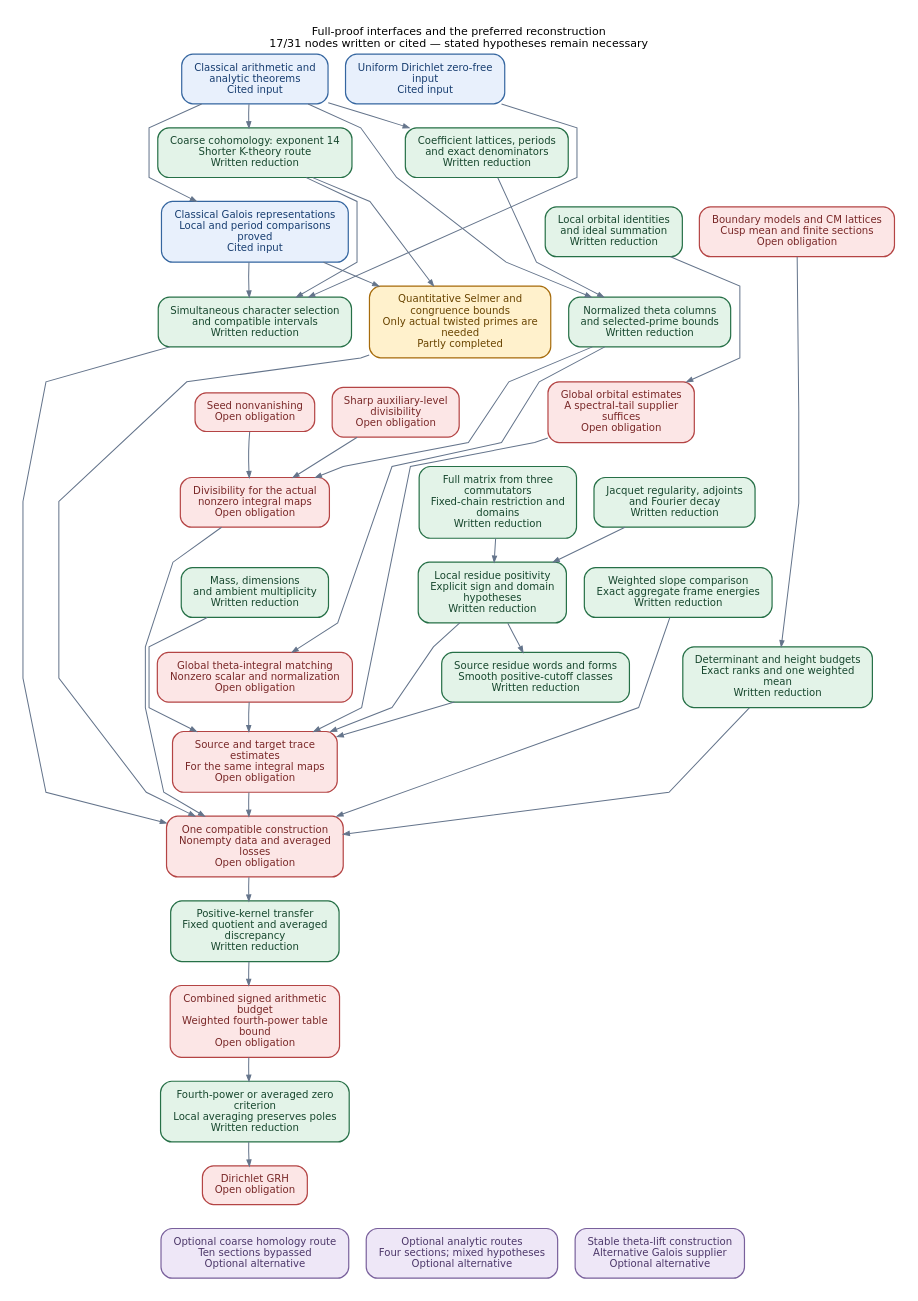
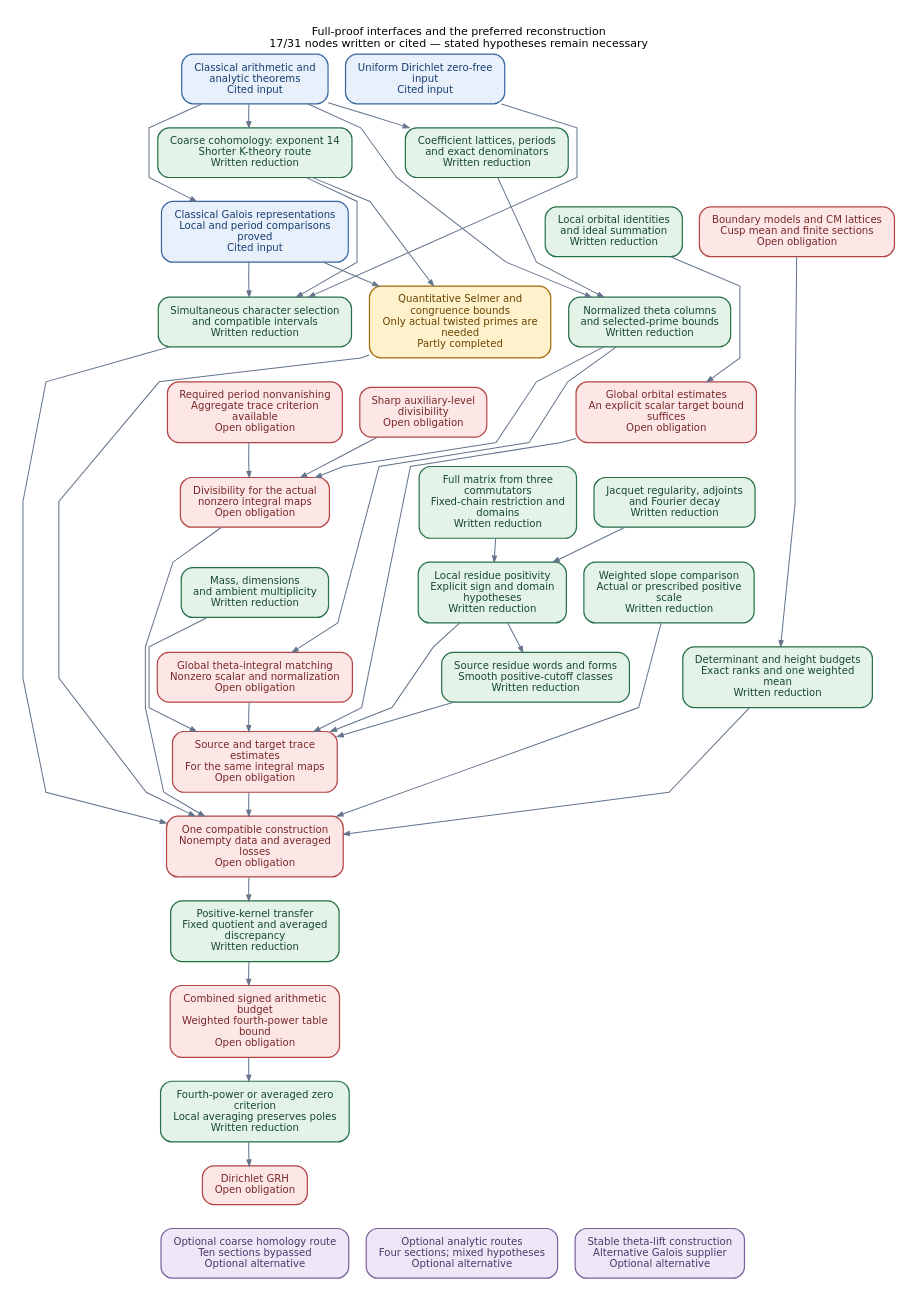
Before and after one commit to JoseBrox/GRH_distillation: the diagram in blueprint/technical.dot, drawn with Graphviz. The commit also changed 61 other files, not shown here.

```diff
--- a/blueprint/technical.dot
+++ b/blueprint/technical.dot
@@ -1,119 +1,119 @@
 digraph proof {
 graph [rankdir=TB, bgcolor="white", pad="0.24", nodesep="0.30", ranksep="0.48",
   fontname="DejaVu Sans", fontsize=12, labelloc=t, label="Full-proof interfaces and the preferred reconstruction\n17/31 nodes written or cited — stated hypotheses remain necessary", splines=polyline];
 node [shape=box, style="rounded,filled", fontname="DejaVu Sans", fontsize=11,
   margin="0.18,0.12", penwidth=1.3];
 edge [color="#64748B", penwidth=1.1, arrowsize=0.65];
 graph [nodesep="0.26", ranksep="0.36"];
 "qrh" [label="Uniform Dirichlet zero-free\ninput\nCited input", fillcolor="#E8F0FC", color="#3566A0", fontcolor="#173D70"];
 "classical" [label="Classical arithmetic and\nanalytic theorems\nCited input", fillcolor="#E8F0FC", color="#3566A0", fontcolor="#173D70"];
 "selection" [label="Simultaneous character selection\nand compatible intervals\nWritten reduction", fillcolor="#E3F3E8", color="#267047", fontcolor="#17472E"];
 "coarse" [label="Coarse cohomology: exponent 14\nShorter K-theory route\nWritten reduction", fillcolor="#E3F3E8", color="#267047", fontcolor="#17472E"];
 "refined" [label="Quantitative Selmer and\ncongruence bounds\nOnly actual twisted primes are\nneeded\nPartly completed", fillcolor="#FFF1CC", color="#A66B0B", fontcolor="#694400"];
 "coefficients" [label="Coefficient lattices, periods\nand exact denominators\nWritten reduction", fillcolor="#E3F3E8", color="#267047", fontcolor="#17472E"];
 "theta" [label="Normalized theta columns\nand selected-prime bounds\nWritten reduction", fillcolor="#E3F3E8", color="#267047", fontcolor="#17472E"];
-"seed" [label="Seed nonvanishing\nOpen obligation", fillcolor="#FCE6E6", color="#B44444", fontcolor="#792828"];
+"seed" [label="Required period nonvanishing\nAggregate trace criterion\navailable\nOpen obligation", fillcolor="#FCE6E6", color="#B44444", fontcolor="#792828"];
 "level" [label="Sharp auxiliary-level\ndivisibility\nOpen obligation", fillcolor="#FCE6E6", color="#B44444", fontcolor="#792828"];
 "divisibility" [label="Divisibility for the actual\nnonzero integral maps\nOpen obligation", fillcolor="#FCE6E6", color="#B44444", fontcolor="#792828"];
 "local_orbits" [label="Local orbital identities\nand ideal summation\nWritten reduction", fillcolor="#E3F3E8", color="#267047", fontcolor="#17472E"];
-"global_orbits" [label="Global orbital estimates\nA spectral-tail supplier\nsuffices\nOpen obligation", fillcolor="#FCE6E6", color="#B44444", fontcolor="#792828"];
+"global_orbits" [label="Global orbital estimates\nAn explicit scalar target bound\nsuffices\nOpen obligation", fillcolor="#FCE6E6", color="#B44444", fontcolor="#792828"];
 "dimensions" [label="Mass, dimensions\nand ambient multiplicity\nWritten reduction", fillcolor="#E3F3E8", color="#267047", fontcolor="#17472E"];
 "matrix" [label="Full matrix from three\ncommutators\nFixed-chain restriction and\ndomains\nWritten reduction", fillcolor="#E3F3E8", color="#267047", fontcolor="#17472E"];
 "jacquet" [label="Jacquet regularity, adjoints\nand Fourier decay\nWritten reduction", fillcolor="#E3F3E8", color="#267047", fontcolor="#17472E"];
 "residue" [label="Local residue positivity\nExplicit sign and domain\nhypotheses\nWritten reduction", fillcolor="#E3F3E8", color="#267047", fontcolor="#17472E"];
 "norms" [label="Source and target trace\nestimates\nFor the same integral maps\nOpen obligation", fillcolor="#FCE6E6", color="#B44444", fontcolor="#792828"];
-"slope" [label="Weighted slope comparison\nExact aggregate frame energies\nWritten reduction", fillcolor="#E3F3E8", color="#267047", fontcolor="#17472E"];
+"slope" [label="Weighted slope comparison\nActual or prescribed positive\nscale\nWritten reduction", fillcolor="#E3F3E8", color="#267047", fontcolor="#17472E"];
 "compatible" [label="One compatible construction\nNonempty data and averaged\nlosses\nOpen obligation", fillcolor="#FCE6E6", color="#B44444", fontcolor="#792828"];
 "bound" [label="Combined signed arithmetic\nbudget\nWeighted fourth-power table\nbound\nOpen obligation", fillcolor="#FCE6E6", color="#B44444", fontcolor="#792828"];
 "criterion" [label="Fourth-power or averaged zero\ncriterion\nLocal averaging preserves poles\nWritten reduction", fillcolor="#E3F3E8", color="#267047", fontcolor="#17472E"];
 "grh" [label="Dirichlet GRH\nOpen obligation", fillcolor="#FCE6E6", color="#B44444", fontcolor="#792828"];
 "alt_homology" [label="Optional coarse homology route\nTen sections bypassed\nOptional alternative", fillcolor="#EEE7F7", color="#79609C", fontcolor="#4C3769"];
 "alt_analytic" [label="Optional analytic routes\nFour sections; mixed hypotheses\nOptional alternative", fillcolor="#EEE7F7", color="#79609C", fontcolor="#4C3769"];
 "galois" [label="Classical Galois representations\nLocal and period comparisons\nproved\nCited input", fillcolor="#E8F0FC", color="#3566A0", fontcolor="#173D70"];
 "stable_lift" [label="Stable theta-lift construction\nAlternative Galois supplier\nOptional alternative", fillcolor="#EEE7F7", color="#79609C", fontcolor="#4C3769"];
 "theta_identity" [label="Global theta-integral matching\nNonzero scalar and normalization\nOpen obligation", fillcolor="#FCE6E6", color="#B44444", fontcolor="#792828"];
 "geometry" [label="Boundary models and CM lattices\nCusp mean and finite sections\nOpen obligation", fillcolor="#FCE6E6", color="#B44444", fontcolor="#792828"];
 "source_dictionary" [label="Source residue words and forms\nSmooth positive-cutoff classes\nWritten reduction", fillcolor="#E3F3E8", color="#267047", fontcolor="#17472E"];
 "covolume_defect" [label="Determinant and height budgets\nExact ranks and one weighted\nmean\nWritten reduction", fillcolor="#E3F3E8", color="#267047", fontcolor="#17472E"];
 "averaging" [label="Positive-kernel transfer\nFixed quotient and averaged\ndiscrepancy\nWritten reduction", fillcolor="#E3F3E8", color="#267047", fontcolor="#17472E"];
 "qrh" -> "selection";
 "classical" -> "coarse";
 "coarse" -> "selection";
 "coarse" -> "refined";
 "classical" -> "coefficients";
 "classical" -> "theta";
 "coefficients" -> "theta";
 "theta" -> "divisibility";
 "seed" -> "divisibility";
 "level" -> "divisibility";
 "local_orbits" -> "global_orbits";
 "global_orbits" -> "norms";
 "dimensions" -> "norms";
 "matrix" -> "residue";
 "jacquet" -> "residue";
 "residue" -> "norms";
 "selection" -> "compatible";
 "refined" -> "compatible";
 "divisibility" -> "compatible";
 "norms" -> "compatible";
 "slope" -> "compatible";
 "bound" -> "criterion";
 "criterion" -> "grh";
 "galois" -> "selection";
 "galois" -> "refined";
 "theta" -> "theta_identity";
 "theta_identity" -> "norms";
 "residue" -> "source_dictionary";
 "source_dictionary" -> "norms";
 "geometry" -> "covolume_defect";
 "covolume_defect" -> "compatible";
 "compatible" -> "averaging";
 "averaging" -> "bound";
 "classical" -> "galois";
 {rank=same; "classical"; "qrh";}
 {rank=same; "coarse"; "coefficients";}
 {rank=same; "galois"; "local_orbits"; "geometry";}
 {rank=same; "selection"; "refined"; "theta";}
 {rank=same; "seed"; "level"; "global_orbits";}
 {rank=same; "divisibility"; "matrix"; "jacquet";}
 {rank=same; "dimensions"; "residue"; "slope";}
 {rank=same; "theta_identity"; "source_dictionary"; "covolume_defect";}
 {rank=same; "norms";}
 {rank=same; "compatible";}
 {rank=same; "averaging";}
 {rank=same; "bound";}
 {rank=same; "criterion";}
 {rank=same; "grh";}
 {rank=same; "alt_homology"; "alt_analytic"; "stable_lift";}
 // Invisible edges below control layout only; they are not proof interfaces.
 "classical" -> "qrh" [style=invis, weight=50];
 "coarse" -> "coefficients" [style=invis, weight=50];
 "galois" -> "local_orbits" [style=invis, weight=50];
 "local_orbits" -> "geometry" [style=invis, weight=50];
 "selection" -> "refined" [style=invis, weight=50];
 "refined" -> "theta" [style=invis, weight=50];
 "seed" -> "level" [style=invis, weight=50];
 "level" -> "global_orbits" [style=invis, weight=50];
 "divisibility" -> "matrix" [style=invis, weight=50];
 "matrix" -> "jacquet" [style=invis, weight=50];
 "dimensions" -> "residue" [style=invis, weight=50];
 "residue" -> "slope" [style=invis, weight=50];
 "theta_identity" -> "source_dictionary" [style=invis, weight=50];
 "source_dictionary" -> "covolume_defect" [style=invis, weight=50];
 "alt_homology" -> "alt_analytic" [style=invis, weight=50];
 "alt_analytic" -> "stable_lift" [style=invis, weight=50];
 "classical" -> "coarse" [style=invis, weight=50];
 "coarse" -> "galois" [style=invis, weight=50];
 "galois" -> "selection" [style=invis, weight=50];
 "selection" -> "seed" [style=invis, weight=50];
 "seed" -> "divisibility" [style=invis, weight=50];
 "divisibility" -> "dimensions" [style=invis, weight=50];
 "dimensions" -> "theta_identity" [style=invis, weight=50];
 "theta_identity" -> "norms" [style=invis, weight=50];
 "norms" -> "compatible" [style=invis, weight=50];
 "compatible" -> "averaging" [style=invis, weight=50];
 "averaging" -> "bound" [style=invis, weight=50];
 "bound" -> "criterion" [style=invis, weight=50];
 "criterion" -> "grh" [style=invis, weight=50];
 "grh" -> "alt_homology" [style=invis, weight=50];
 }
```
